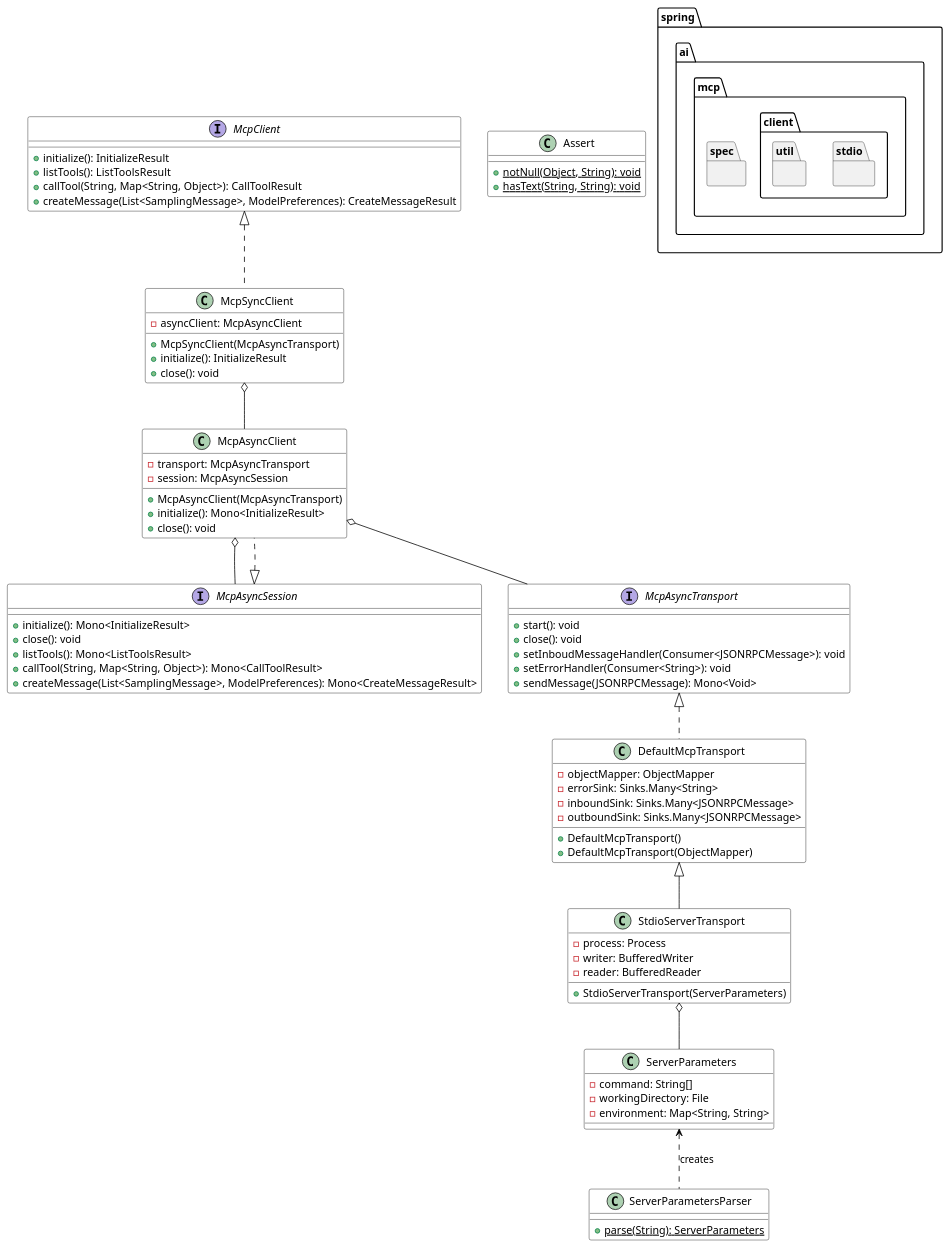
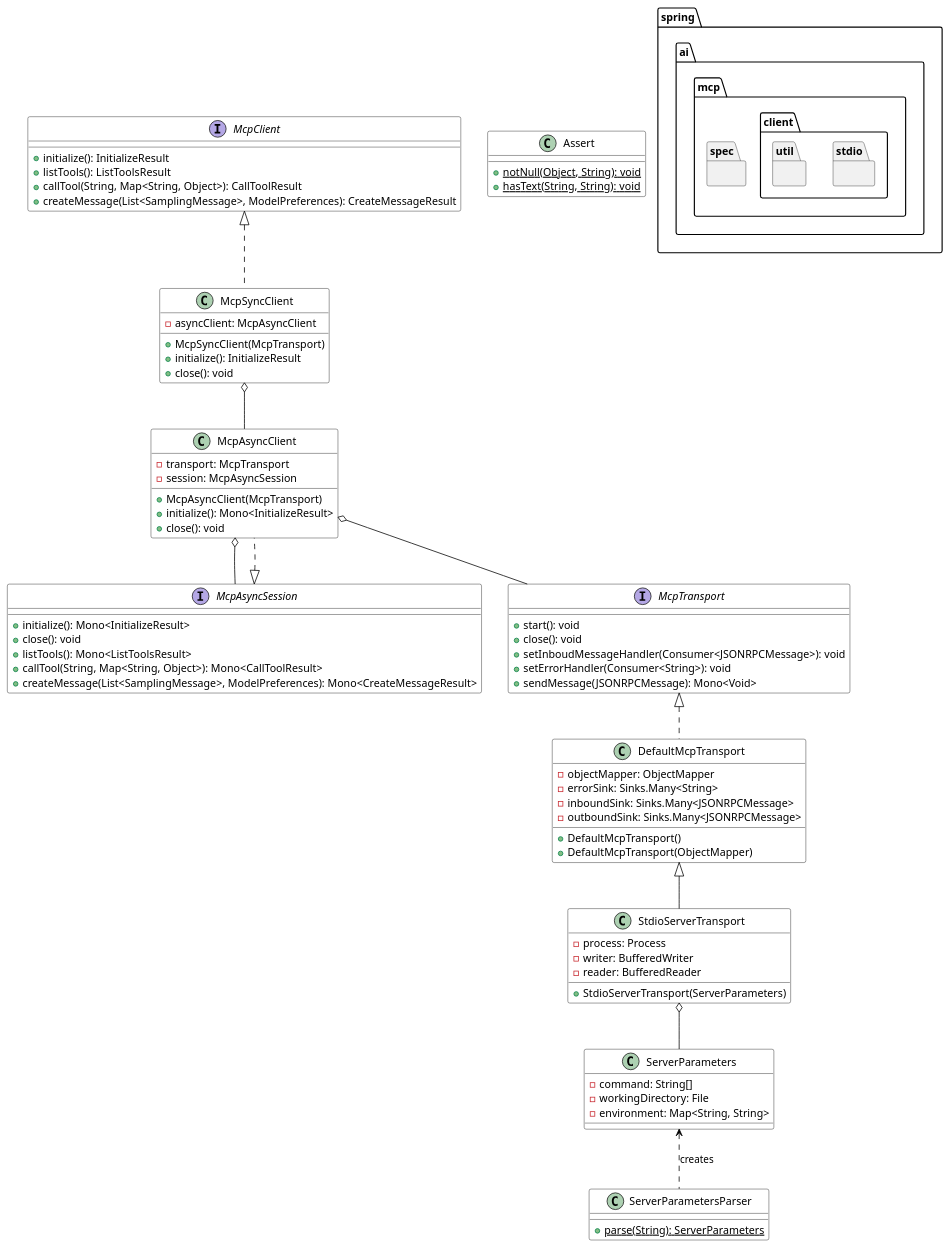
Before and after one commit to ziscloud/java-sdk: the diagram in mcp/docs/mcp-class-diagram.puml, drawn with PlantUML. The commit also changed 14 other files, not shown here.

```diff
--- a/mcp/docs/mcp-class-diagram.puml
+++ b/mcp/docs/mcp-class-diagram.puml
@@ -1,118 +1,118 @@
 @startuml MCP Class Diagram
 
 ' Style configurations
 skinparam class {
     BackgroundColor White
     ArrowColor Black
     BorderColor Black
 }
 
 ' Interfaces
-interface McpAsyncTransport {
+interface McpTransport {
     +start(): void
     +close(): void
     +setInboudMessageHandler(Consumer<JSONRPCMessage>): void
     +setErrorHandler(Consumer<String>): void
     +sendMessage(JSONRPCMessage): Mono<Void>
 }
 
 interface McpAsyncSession {
     +initialize(): Mono<InitializeResult>
     +close(): void
     +listTools(): Mono<ListToolsResult>
     +callTool(String, Map<String, Object>): Mono<CallToolResult>
     +createMessage(List<SamplingMessage>, ModelPreferences): Mono<CreateMessageResult>
 }
 
 interface McpClient {
     +initialize(): InitializeResult
     +listTools(): ListToolsResult
     +callTool(String, Map<String, Object>): CallToolResult
     +createMessage(List<SamplingMessage>, ModelPreferences): CreateMessageResult
 }
 
 ' Classes
 class DefaultMcpTransport {
     -objectMapper: ObjectMapper
     -errorSink: Sinks.Many<String>
     -inboundSink: Sinks.Many<JSONRPCMessage>
     -outboundSink: Sinks.Many<JSONRPCMessage>
     +DefaultMcpTransport()
     +DefaultMcpTransport(ObjectMapper)
 }
 
 class McpAsyncClient {
-    -transport: McpAsyncTransport
+    -transport: McpTransport
     -session: McpAsyncSession
-    +McpAsyncClient(McpAsyncTransport)
+    +McpAsyncClient(McpTransport)
     +initialize(): Mono<InitializeResult>
     +close(): void
 }
 
 class McpSyncClient {
     -asyncClient: McpAsyncClient
-    +McpSyncClient(McpAsyncTransport)
+    +McpSyncClient(McpTransport)
     +initialize(): InitializeResult
     +close(): void
 }
 
 class StdioServerTransport {
     -process: Process
     -writer: BufferedWriter
     -reader: BufferedReader
     +StdioServerTransport(ServerParameters)
 }
 
 class ServerParameters {
     -command: String[]
     -workingDirectory: File
     -environment: Map<String, String>
 }
 
 class ServerParametersParser {
     +{static} parse(String): ServerParameters
 }
 
 class Assert {
     +{static} notNull(Object, String): void
     +{static} hasText(String, String): void
 }
 
 ' Relationships
-McpAsyncTransport <|.. DefaultMcpTransport
+McpTransport <|.. DefaultMcpTransport
 DefaultMcpTransport <|-- StdioServerTransport
 
 McpClient <|.. McpSyncClient
 McpAsyncSession <|.. McpAsyncClient
 
 McpSyncClient o-- McpAsyncClient
-McpAsyncClient o-- McpAsyncTransport
+McpAsyncClient o-- McpTransport
 McpAsyncClient o-- McpAsyncSession
 
 StdioServerTransport o-- ServerParameters
 ServerParameters <.. ServerParametersParser : creates
 
 ' Package organization
 package "spring.ai.mcp.spec" {
-    ' McpAsyncTransport
+    ' McpTransport
     ' McpAsyncSession
     ' DefaultMcpTransport
 }
 
 package "spring.ai.mcp.client" {
     ' McpClient
     ' McpAsyncClient
     ' McpSyncClient
     
     package "stdio" {
         ' StdioServerTransport
         ' ServerParameters
         ' ServerParametersParser
     }
     
     package "util" {
         ' Assert
     }
 }
 
 @enduml
```
